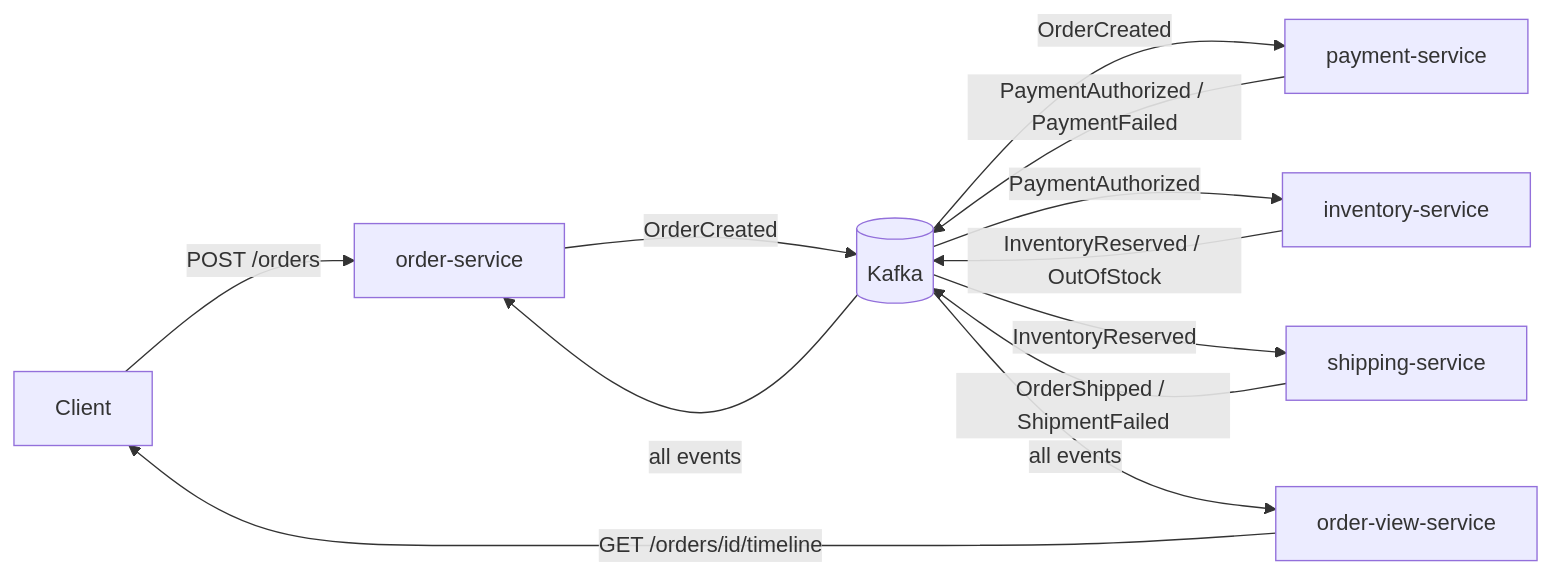
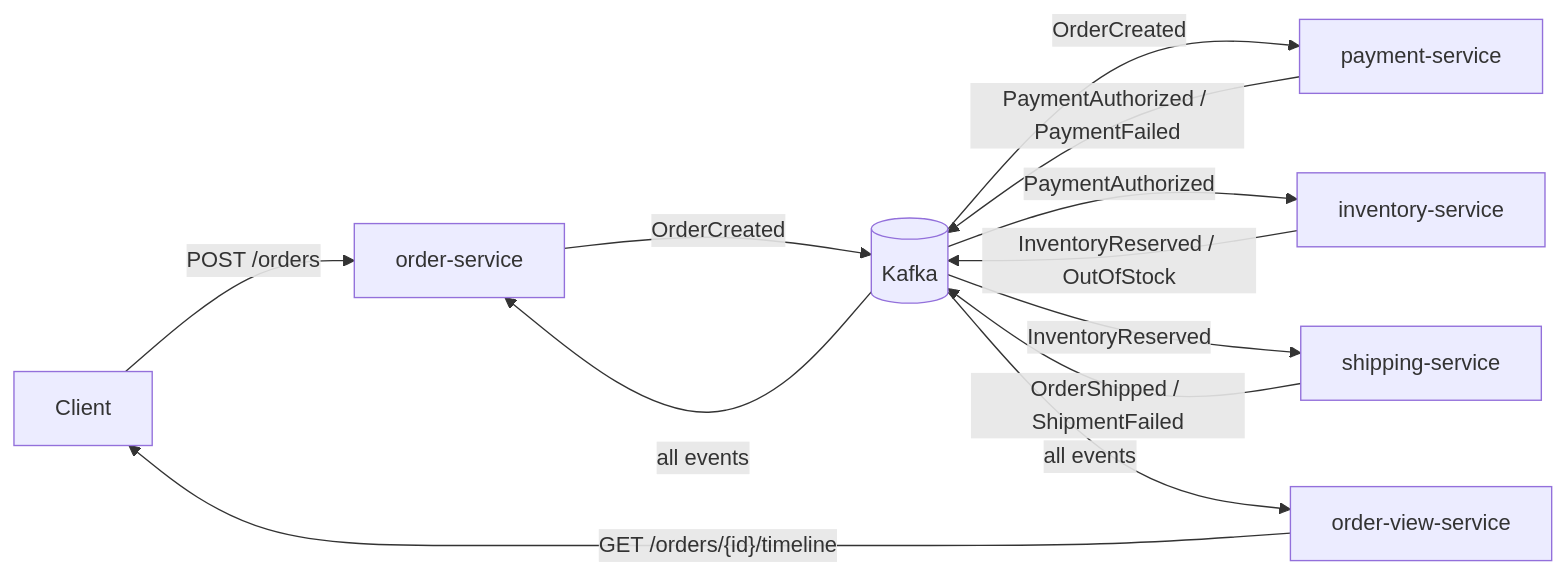
Before and after one commit to argontechs/order-saga: the first of 2 diagrams in README.md, drawn with Mermaid. The commit also changed 1 other file, not shown here.

Commit message:
fix(e2e): poll timeline until fully confirmed

````diff
--- a/README.md
+++ b/README.md
@@ -15,14 +15,14 @@
 ```mermaid
 flowchart LR
     Client -->|POST /orders| ORD[order-service]
     ORD -->|OrderCreated| K[(Kafka)]
     K -->|OrderCreated| PAY[payment-service]
     PAY -->|PaymentAuthorized / PaymentFailed| K
     K -->|PaymentAuthorized| INV[inventory-service]
     INV -->|InventoryReserved / OutOfStock| K
     K -->|InventoryReserved| SHP[shipping-service]
     SHP -->|OrderShipped / ShipmentFailed| K
     K -->|all events| ORD
     K -->|all events| VIEW[order-view-service]
-    VIEW -->|GET /orders/id/timeline| Client
+    VIEW -->|"GET /orders/{id}/timeline"| Client
 ```
````
